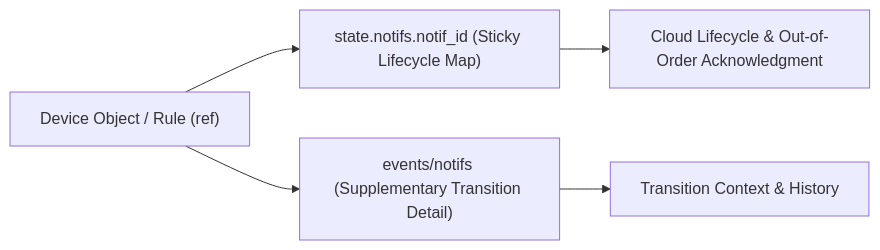
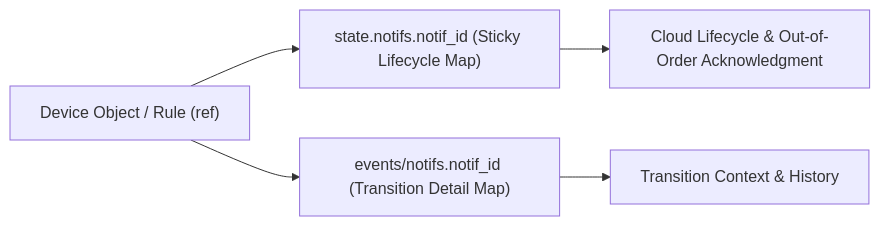
One commit to grafnu/udmi changed the diagram in docs/specs/notifs.md. Above: the diagram before and after it, drawn with Mermaid. The commit also changed other lines of this file and 8 other files, not shown here.

Commit message:
Use notif_id map for notifs telemetry events

````diff
--- a/docs/specs/notifs.md
+++ b/docs/specs/notifs.md
@@ -19,7 +19,7 @@
 ```mermaid
 flowchart LR
   ref["Device Object / Rule (ref)"] --> stateMap["state.notifs.notif_id (Sticky Lifecycle Map)"]
-  ref --> eventStream["events/notifs (Supplementary Transition Detail)"]
+  ref --> eventStream["events/notifs.notif_id (Transition Detail Map)"]
   stateMap --> lifecycle["Cloud Lifecycle & Out-of-Order Acknowledgment"]
   eventStream --> audit["Transition Context & History"]
 ```
````
